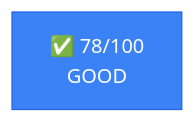
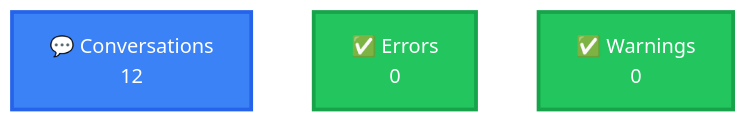
The second of 22 diagrams in logs/example_performance_report.md (abdellrahmanv/pluto-voice-assistant), drawn with Mermaid before and after one commit. The commit also changed other lines of this file and 1 other file, not shown here.

````diff
--- a/logs/example_performance_report.md
+++ b/logs/example_performance_report.md
@@ -17,9 +28,11 @@
 ```mermaid
 %%{init: {'theme':'base'}}%%
-graph LR
-    SCORE["✅ 78/100<br/>GOOD"]:::good
-    classDef excellent fill:#22c55e,stroke:#16a34a,color:#fff
-    classDef good fill:#3b82f6,stroke:#2563eb,color:#fff
-    classDef warning fill:#f59e0b,stroke:#d97706,color:#fff
-    classDef critical fill:#ef4444,stroke:#dc2626,color:#fff
+graph TD
+    CONV["💬 Conversations<br/>12"]:::good
+    ERR["✅ Errors<br/>0"]:::excellent
+    WARNINGS["✅ Warnings<br/>0"]:::excellent
+    classDef excellent fill:#22c55e,stroke:#16a34a,stroke-width:3px,color:#fff
+    classDef good fill:#3b82f6,stroke:#2563eb,stroke-width:3px,color:#fff
+    classDef warning fill:#f59e0b,stroke:#d97706,stroke-width:3px,color:#fff
+    classDef critical fill:#ef4444,stroke:#dc2626,stroke-width:3px,color:#fff
 ```
````
